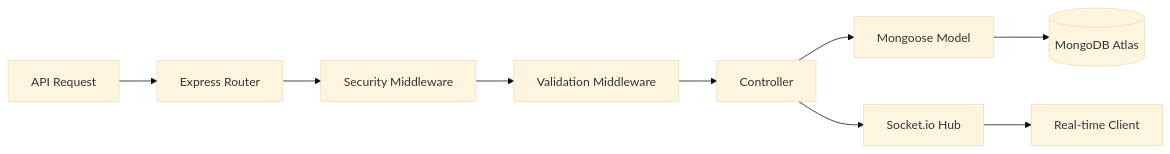
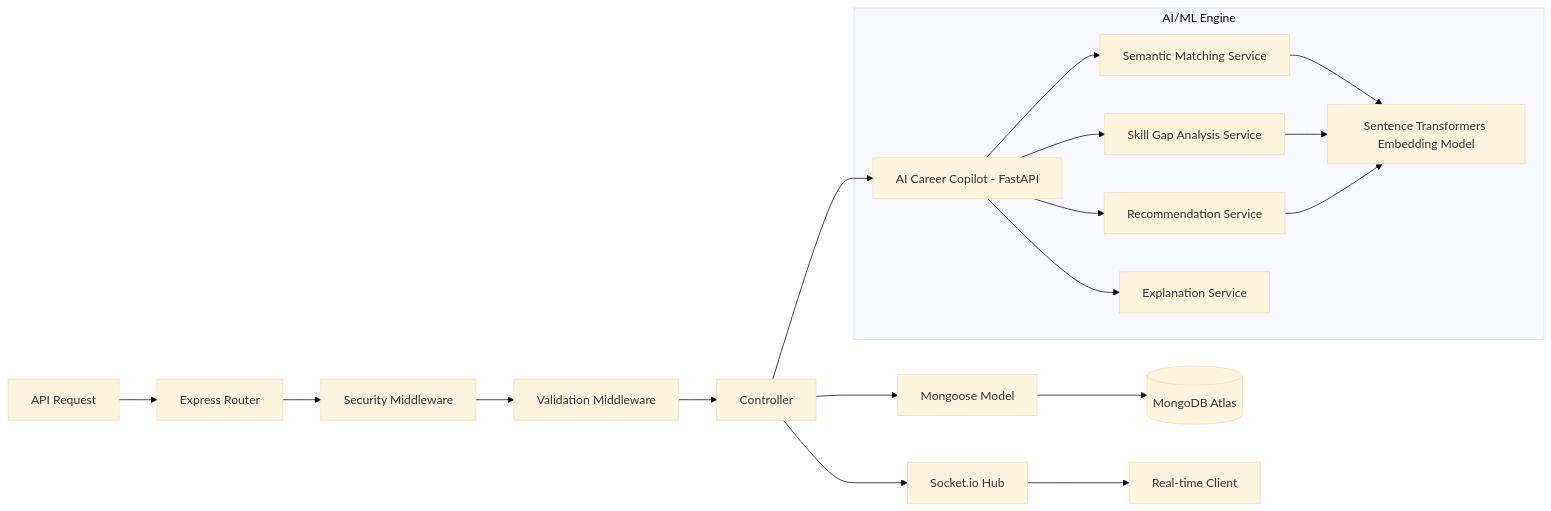
The diagram in RemoteFlex_Documentation.md (tendocalvin1/RemoteFlex), drawn with Mermaid (base theme) before and after one commit. The commit also changed other lines of this file and 1 other file, not shown here.

````diff
--- a/RemoteFlex_Documentation.md
+++ b/RemoteFlex_Documentation.md
@@ -110,11 +84,22 @@
 ```mermaid
 graph LR
     A[API Request] --> B[Express Router]
     B --> C[Security Middleware]
     C --> D[Validation Middleware]
     D --> E[Controller]
     E --> F[Mongoose Model]
     F --> G[(MongoDB Atlas)]
     E --> H[Socket.io Hub]
     H --> I[Real-time Client]
+    E --> J[AI Career Copilot - FastAPI]
+    
+    subgraph AI_Intelligence [AI/ML Engine]
+        J --> K[Semantic Matching Service]
+        J --> L[Skill Gap Analysis Service]
+        J --> M[Recommendation Service]
+        J --> N[Explanation Service]
+        K --> O[Sentence Transformers Embedding Model]
+        L --> O
+        M --> O
+    end
 ```
````
